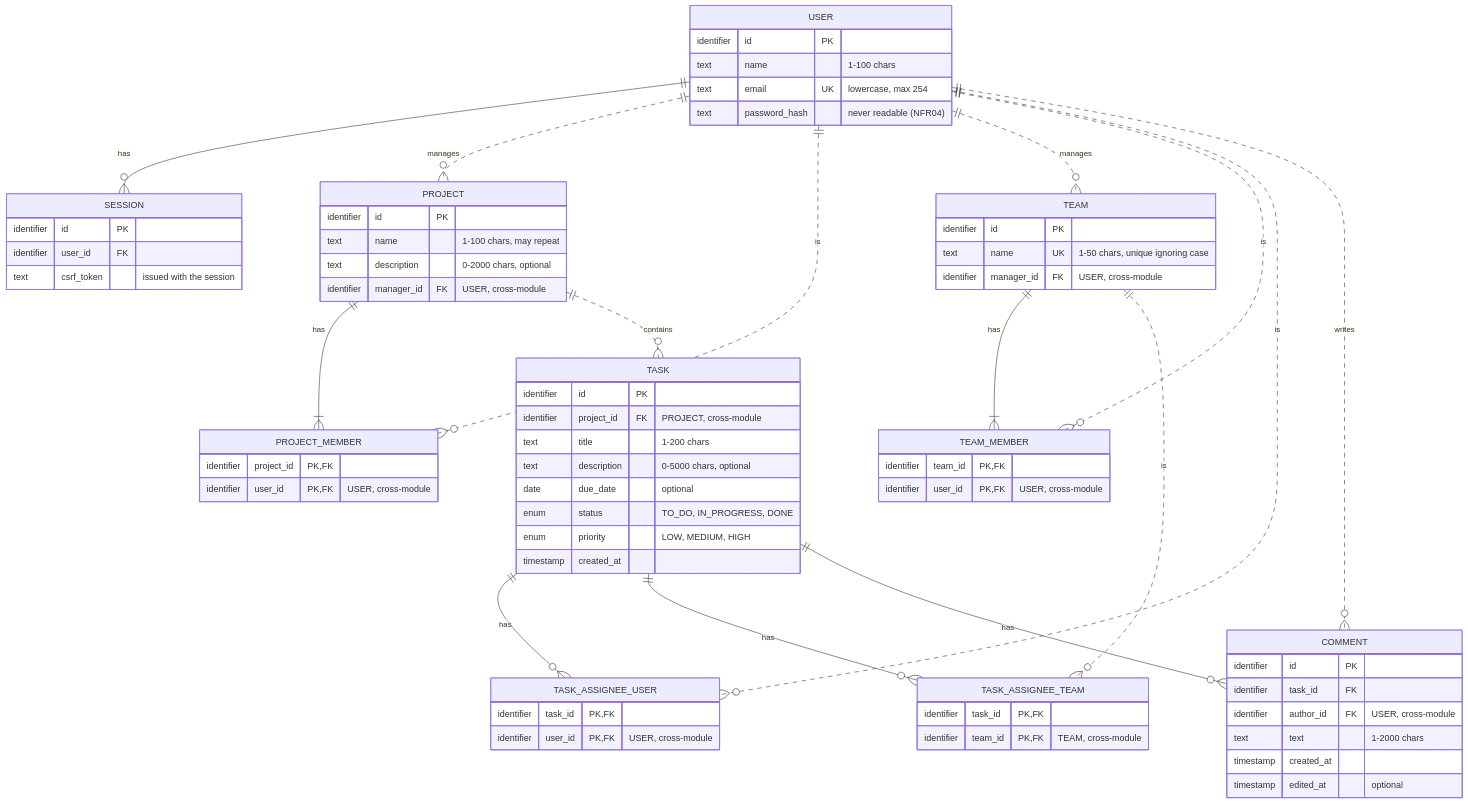
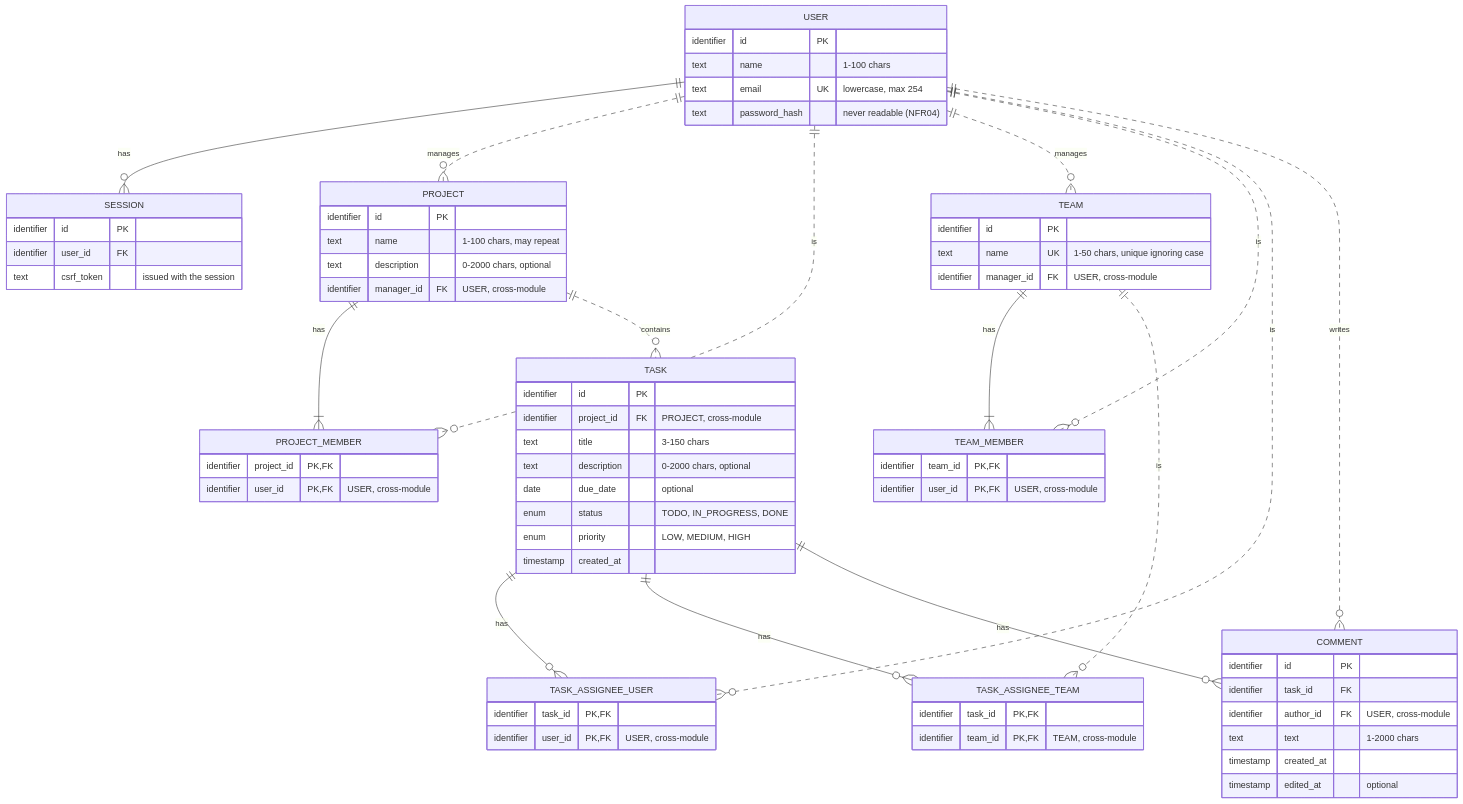
The diagram in docs/database.md (vitorhsbarros/matriz), drawn with Mermaid before and after one commit. The commit also changed other lines of this file and 31 other files, not shown here.

````diff
--- a/docs/database.md
+++ b/docs/database.md
@@ -11,82 +11,82 @@
 ```mermaid
 erDiagram
     %% Accounts
     USER {
         identifier id PK
         text name "1-100 chars"
         text email UK "lowercase, max 254"
         text password_hash "never readable (NFR04)"
     }
     SESSION {
         identifier id PK
         identifier user_id FK
         text csrf_token "issued with the session"
     }
 
     %% Projects
     PROJECT {
         identifier id PK
         text name "1-100 chars, may repeat"
         text description "0-2000 chars, optional"
         identifier manager_id FK "USER, cross-module"
     }
     PROJECT_MEMBER {
         identifier project_id PK, FK
         identifier user_id PK, FK "USER, cross-module"
     }
 
     %% Teams
     TEAM {
         identifier id PK
         text name UK "1-50 chars, unique ignoring case"
         identifier manager_id FK "USER, cross-module"
     }
     TEAM_MEMBER {
         identifier team_id PK, FK
         identifier user_id PK, FK "USER, cross-module"
     }
 
     %% Tasks
     TASK {
         identifier id PK
         identifier project_id FK "PROJECT, cross-module"
-        text title "1-200 chars"
-        text description "0-5000 chars, optional"
+        text title "3-150 chars"
+        text description "0-2000 chars, optional"
         date due_date "optional"
-        enum status "TO_DO, IN_PROGRESS, DONE"
+        enum status "TODO, IN_PROGRESS, DONE"
         enum priority "LOW, MEDIUM, HIGH"
         timestamp created_at
     }
     TASK_ASSIGNEE_USER {
         identifier task_id PK, FK
         identifier user_id PK, FK "USER, cross-module"
     }
     TASK_ASSIGNEE_TEAM {
         identifier task_id PK, FK
         identifier team_id PK, FK "TEAM, cross-module"
     }
     COMMENT {
         identifier id PK
         identifier task_id FK
         identifier author_id FK "USER, cross-module"
         text text "1-2000 chars"
         timestamp created_at
         timestamp edited_at "optional"
     }
 
     USER    ||--o{ SESSION        : "has"
     PROJECT ||--|{ PROJECT_MEMBER : "has"
     TEAM    ||--|{ TEAM_MEMBER    : "has"
     TASK    ||--o{ TASK_ASSIGNEE_USER : "has"
     TASK    ||--o{ TASK_ASSIGNEE_TEAM : "has"
     TASK    ||--o{ COMMENT        : "has"
 
     USER    ||..o{ PROJECT        : "manages"
     USER    ||..o{ PROJECT_MEMBER : "is"
     USER    ||..o{ TEAM           : "manages"
     USER    ||..o{ TEAM_MEMBER    : "is"
     PROJECT ||..o{ TASK           : "contains"
     USER    ||..o{ TASK_ASSIGNEE_USER : "is"
     TEAM    ||..o{ TASK_ASSIGNEE_TEAM : "is"
     USER    ||..o{ COMMENT        : "writes"
 ```
````
